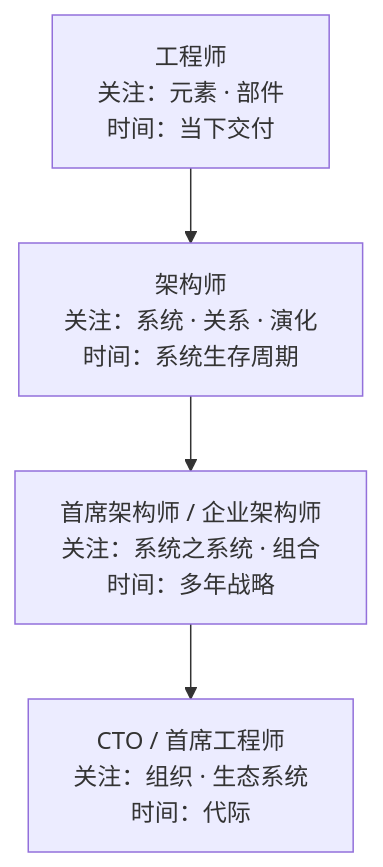
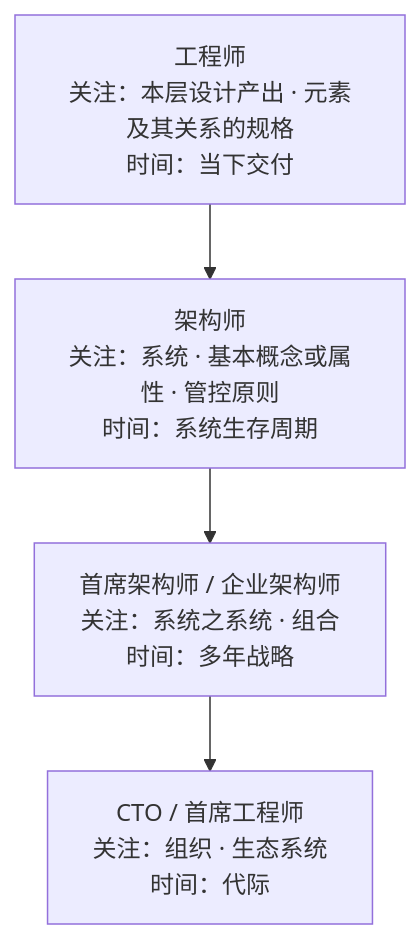
Before and after one commit to Yongjunzhou/AOS-system-design: diagram 13 of 13 in 100-subprojects/01-系统工程研究/00-系统工程相关研究报告/12-工程师与架构师能力研究报告-从工程师到CTO.md, drawn with Mermaid. The commit also changed other lines of this file and 177 other files, not shown here.

````diff
--- a/100-subprojects/01-系统工程研究/00-系统工程相关研究报告/12-工程师与架构师能力研究报告-从工程师到CTO.md
+++ b/100-subprojects/01-系统工程研究/00-系统工程相关研究报告/12-工程师与架构师能力研究报告-从工程师到CTO.md
@@ -663,6 +665,6 @@
 ```mermaid
 flowchart TD
-    E["工程师<br/>关注：元素 · 部件<br/>时间：当下交付"] --> A["架构师<br/>关注：系统 · 关系 · 演化<br/>时间：系统生存周期"]
+    E["工程师<br/>关注：本层设计产出 · 元素及其关系的规格<br/>时间：当下交付"] --> A["架构师<br/>关注：系统 · 基本概念或属性 · 管控原则<br/>时间：系统生存周期"]
     A --> CA["首席架构师 / 企业架构师<br/>关注：系统之系统 · 组合<br/>时间：多年战略"]
     CA --> CTO["CTO / 首席工程师<br/>关注：组织 · 生态系统<br/>时间：代际"]
 ```
````
